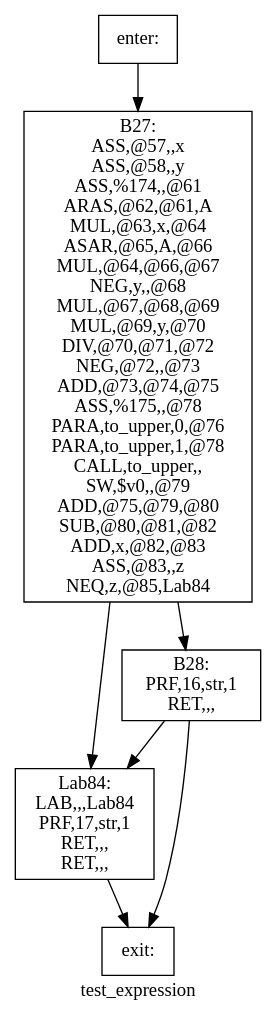
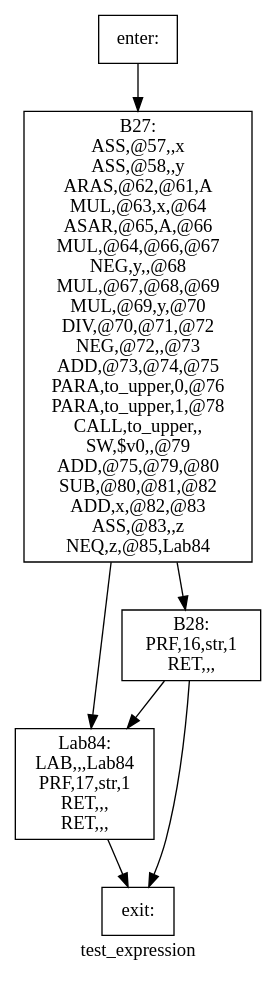
The diagram in Compiler/basic_block/dot/test_expression.dot (yifan123/Compiler), drawn with Graphviz before and after one commit. The commit also changed 24 other files, not shown here.

Commit message:
整个编译器已经完工，优化已做了：  … 1. 常量折叠 2. 划分基本块并使用graphviz绘制控制流图 3. 在parser时直接将所有常量的值计算出来 接下来准备做： 1. 还没想好，可能是数据流......

```diff
--- a/Compiler/basic_block/dot/test_expression.dot
+++ b/Compiler/basic_block/dot/test_expression.dot
@@ -1,14 +1,14 @@
 digraph test_expression{
 label =test_expression
-B27[label="B27:\nASS,@57,,x\nASS,@58,,y\nASS,%174,,@61\nARAS,@62,@61,A\nMUL,@63,x,@64\nASAR,@65,A,@66\nMUL,@64,@66,@67\nNEG,y,,@68\nMUL,@67,@68,@69\nMUL,@69,y,@70\nDIV,@70,@71,@72\nNEG,@72,,@73\nADD,@73,@74,@75\nASS,%175,,@78\nPARA,to_upper,0,@76\nPARA,to_upper,1,@78\nCALL,to_upper,,\nSW,$v0,,@79\nADD,@75,@79,@80\nSUB,@80,@81,@82\nADD,x,@82,@83\nASS,@83,,z\nNEQ,z,@85,Lab84\n" shape=box]
+B27[label="B27:\nASS,@57,,x\nASS,@58,,y\nARAS,@62,@61,A\nMUL,@63,x,@64\nASAR,@65,A,@66\nMUL,@64,@66,@67\nNEG,y,,@68\nMUL,@67,@68,@69\nMUL,@69,y,@70\nDIV,@70,@71,@72\nNEG,@72,,@73\nADD,@73,@74,@75\nPARA,to_upper,0,@76\nPARA,to_upper,1,@78\nCALL,to_upper,,\nSW,$v0,,@79\nADD,@75,@79,@80\nSUB,@80,@81,@82\nADD,x,@82,@83\nASS,@83,,z\nNEQ,z,@85,Lab84\n" shape=box]
 B28[label="B28:\nPRF,16,str,1\nRET,,,\n" shape=box]
 Lab84[label="Lab84:\nLAB,,,Lab84\nPRF,17,str,1\nRET,,,\nRET,,,\n" shape=box]
 enter[label="enter:\n" shape=box]
 exit[label="exit:\n" shape=box]
 B27->B28
 B27->Lab84
 B28->Lab84
 B28->exit
 Lab84->exit
 enter->B27
 }
```
